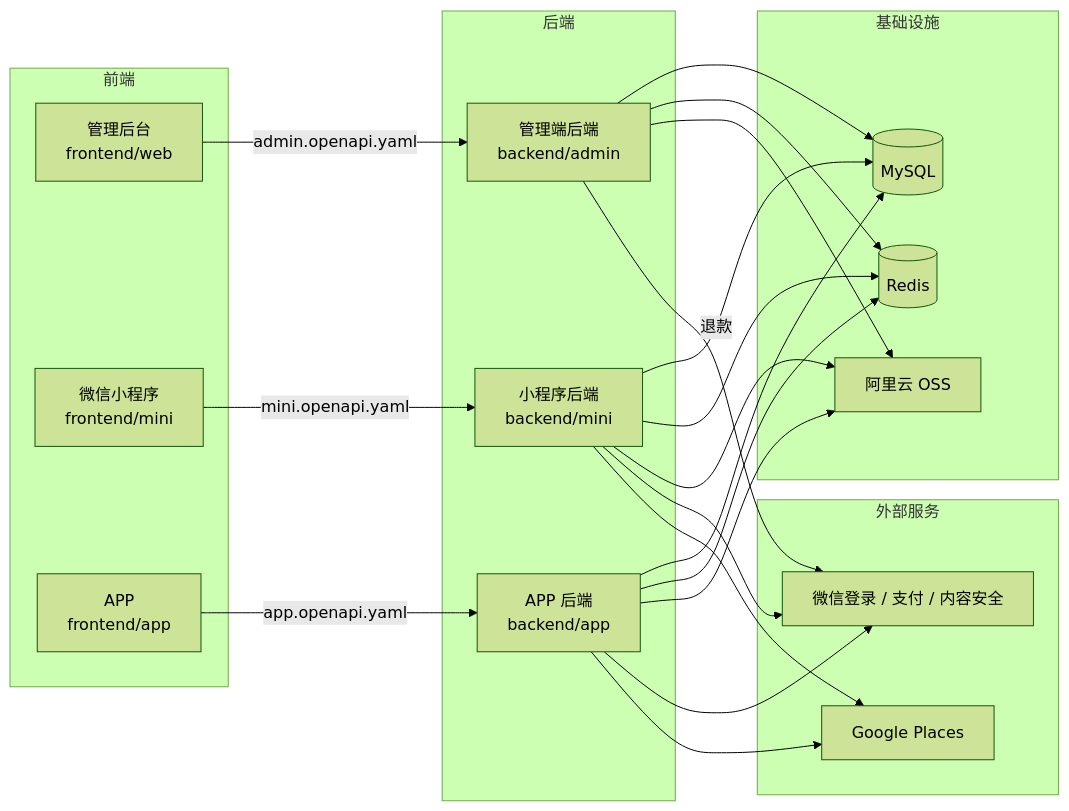
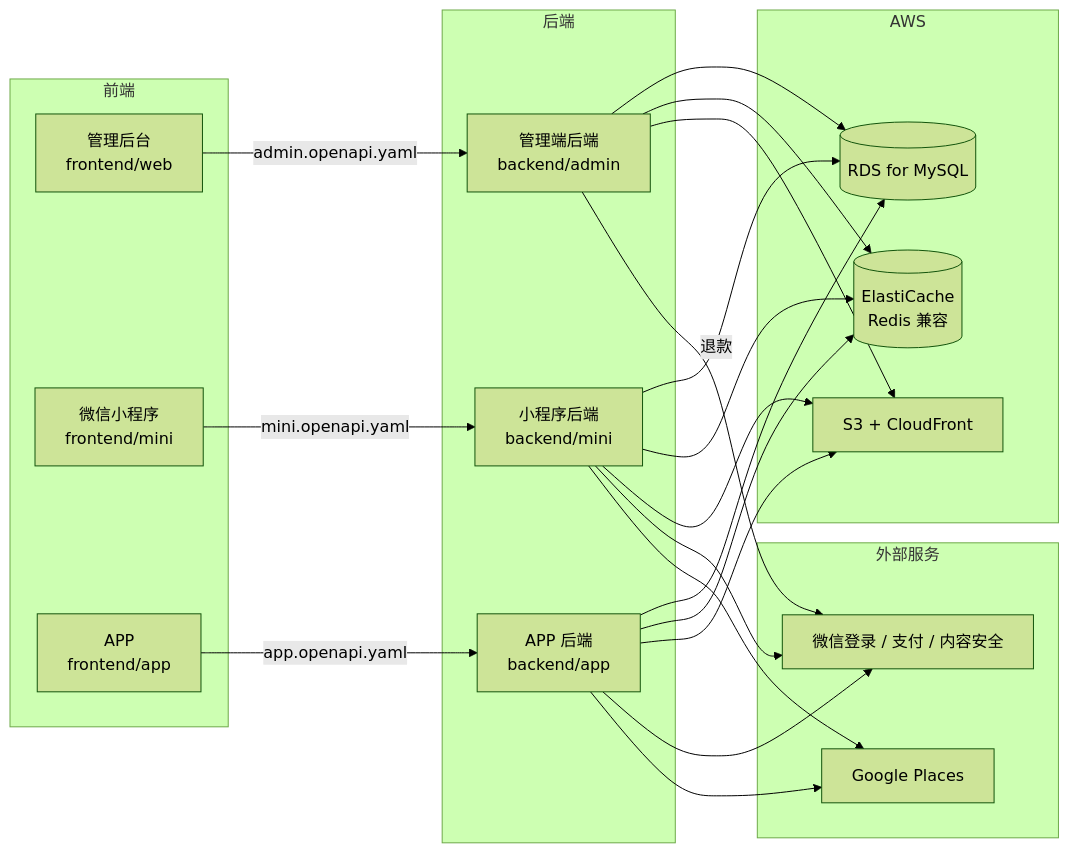
The diagram in docs/design/architecture.md (MoonLight-QAQ/HowToBuildBigMuscle), drawn with Mermaid (forest theme) before and after one commit. The commit also changed other lines of this file and 7 other files, not shown here.

````diff
--- a/docs/design/architecture.md
+++ b/docs/design/architecture.md
@@ -24,37 +24,37 @@
 ```mermaid
 flowchart LR
     subgraph 前端
         W[管理后台<br/>frontend/web]
         M[微信小程序<br/>frontend/mini]
         A[APP<br/>frontend/app]
     end
 
     subgraph 后端
         BA[管理端后端<br/>backend/admin]
         BM[小程序后端<br/>backend/mini]
         BP[APP 后端<br/>backend/app]
     end
 
-    subgraph 基础设施
-        DB[(MySQL)]
-        R[(Redis)]
-        O[阿里云 OSS]
+    subgraph AWS
+        DB[(RDS for MySQL)]
+        R[(ElastiCache<br/>Redis 兼容)]
+        O[S3 + CloudFront]
     end
 
     subgraph 外部服务
         WX[微信登录 / 支付 / 内容安全]
         G[Google Places]
     end
 
     W -- admin.openapi.yaml --> BA
     M -- mini.openapi.yaml --> BM
     A -- app.openapi.yaml --> BP
 
     BA --> DB & R & O
     BM --> DB & R & O
     BP --> DB & R & O
 
     BA -- 退款 --> WX
     BM --> WX & G
     BP --> WX & G
 ```
````
